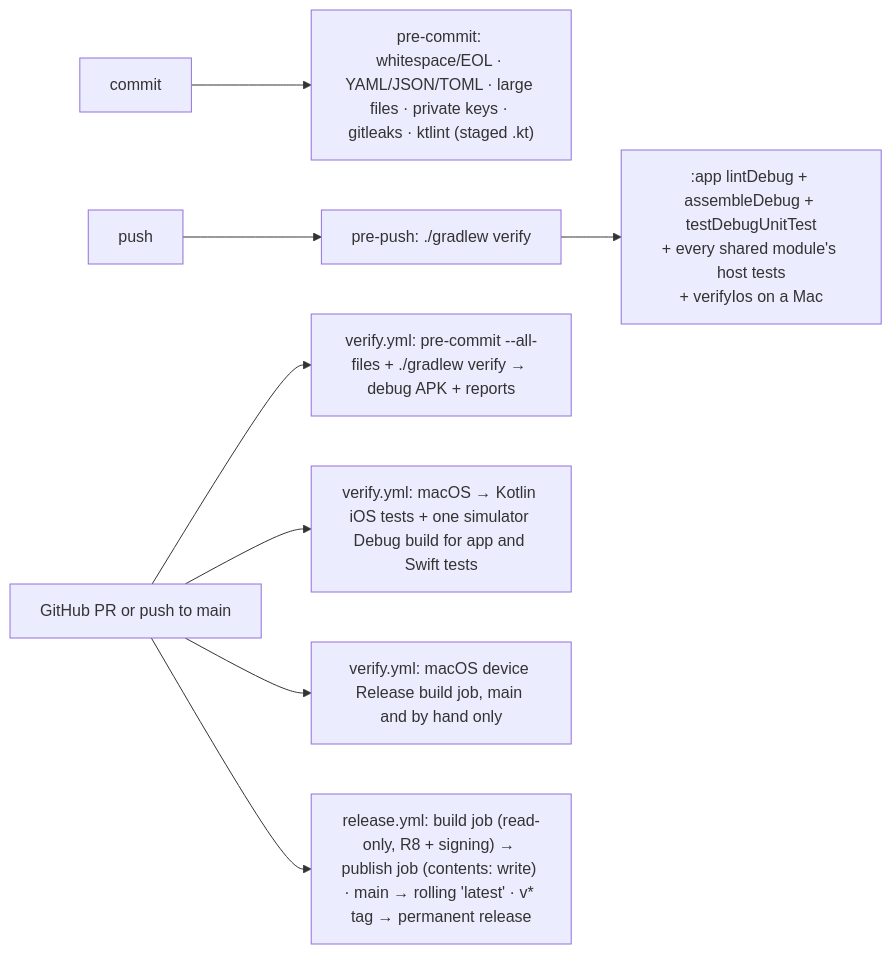
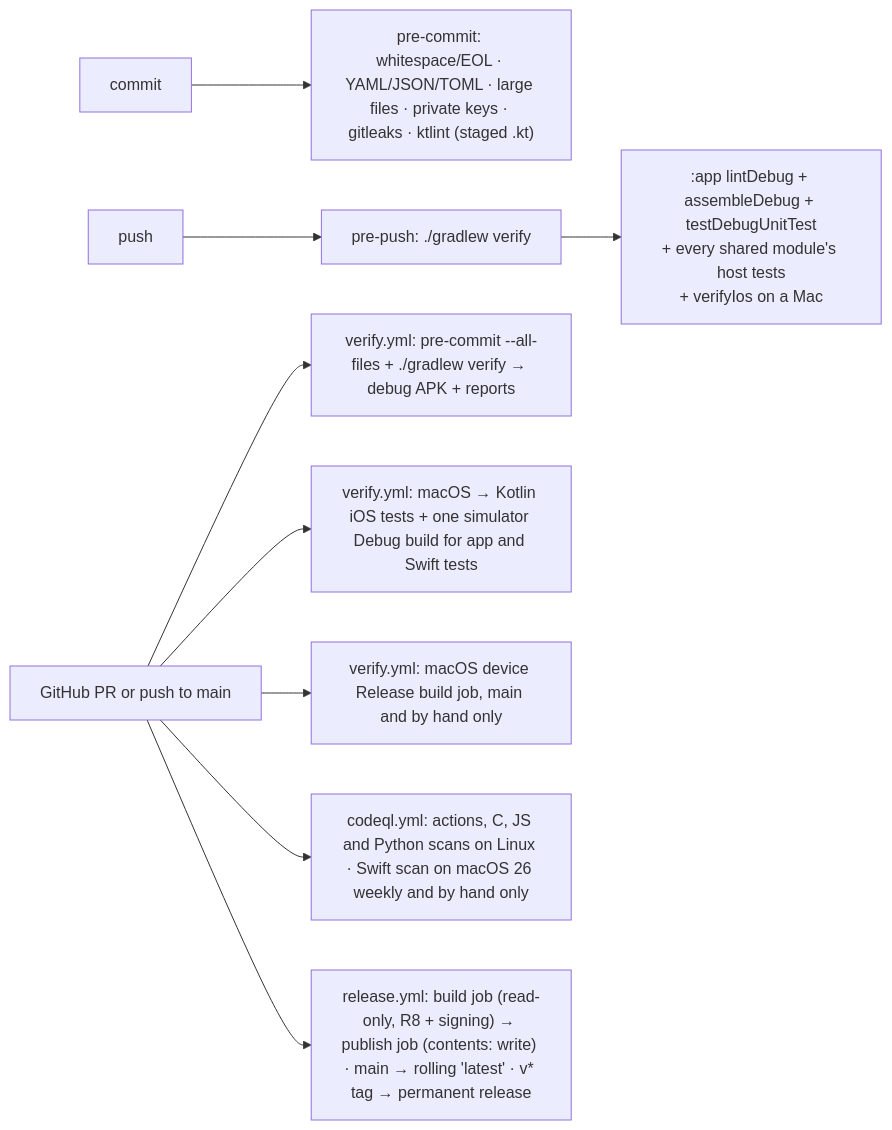
One commit to walkthru-earth/opensensor-space-mobile changed the diagram in docs/build-and-release.md. Above: the diagram before and after it, drawn with Mermaid. The commit also changed other lines of this file and 1 other file, not shown here.

First line of the commit message:
Move the CodeQL Swift scan off pull requests (#361)

````diff
--- a/docs/build-and-release.md
+++ b/docs/build-and-release.md
@@ -9,10 +9,11 @@
 ```mermaid
 flowchart LR
   C[commit] --> H["pre-commit: whitespace/EOL · YAML/JSON/TOML · large files · private keys · gitleaks · ktlint (staged .kt)"]
   P[push] --> V["pre-push: ./gradlew verify"]
   V --> T[":app lintDebug + assembleDebug + testDebugUnitTest<br/>+ every shared module's host tests<br/>+ verifyIos on a Mac"]
   GH[GitHub PR or push to main] --> W["verify.yml: pre-commit --all-files + ./gradlew verify → debug APK + reports"]
   GH --> I["verify.yml: macOS → Kotlin iOS tests + one simulator Debug build for app and Swift tests"]
   GH --> D["verify.yml: macOS device Release build job, main and by hand only"]
+  GH --> Q["codeql.yml: actions, C, JS and Python scans on Linux · Swift scan on macOS 26 weekly and by hand only"]
   GH --> R["release.yml: build job (read-only, R8 + signing) → publish job (contents: write) · main → rolling 'latest' · v* tag → permanent release"]
 ```
````
